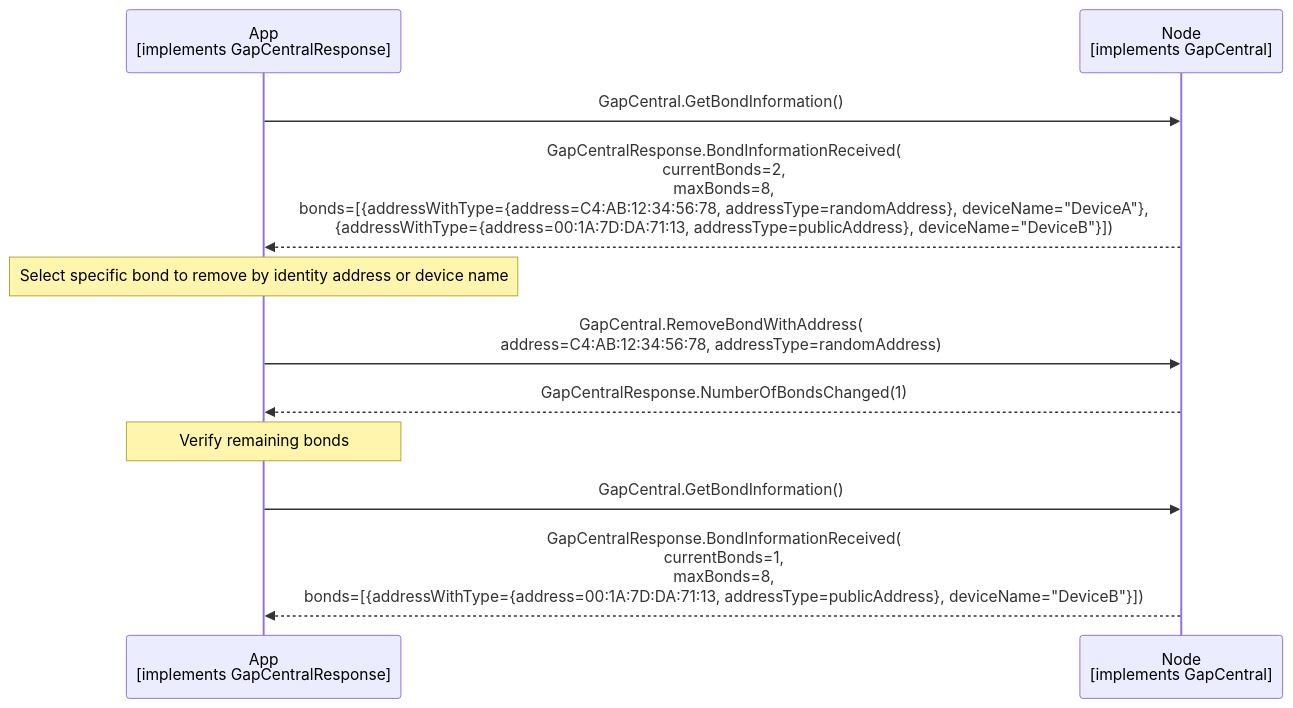
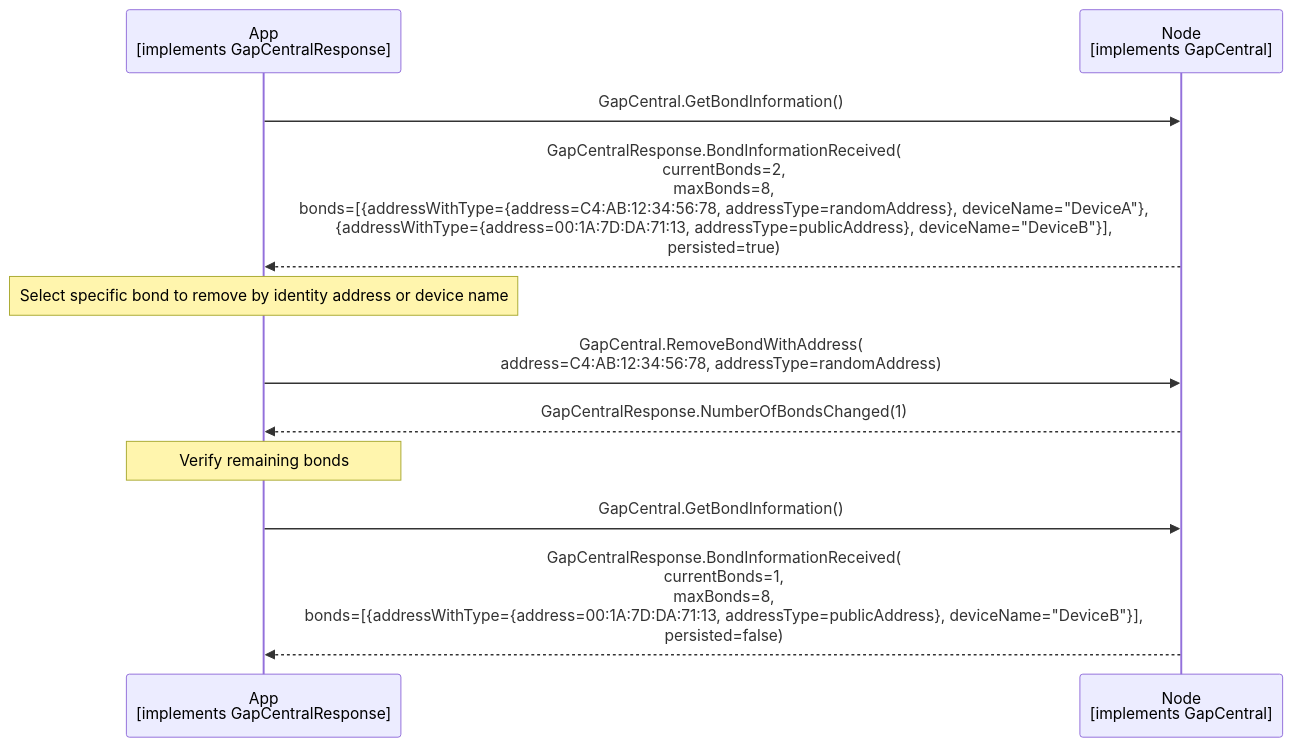
One commit to philips-software/amp-embedded-infra-lib changed the diagram in documents/modules/ROOT/partials/echoservices/gap_central/GapCentral_SelectiveBondRemoval_sequence.mmd. Above: the diagram before and after it, drawn with Mermaid. The commit also changed 5 other files, not shown here.

First line of the commit message:
feat(echo): add BondInformation::persisted flag to Gap services (#1365)

```diff
--- a/documents/modules/ROOT/partials/echoservices/gap_central/GapCentral_SelectiveBondRemoval_sequence.mmd
+++ b/documents/modules/ROOT/partials/echoservices/gap_central/GapCentral_SelectiveBondRemoval_sequence.mmd
@@ -1,16 +1,16 @@
 sequenceDiagram
     participant App as App<br>[implements GapCentralResponse]
     participant Node as Node<br>[implements GapCentral]
 
     App->>Node: GapCentral.GetBondInformation()
-    Node-->>App: GapCentralResponse.BondInformationReceived(<br>currentBonds=2,<br>maxBonds=8,<br>bonds=[{addressWithType={address=C4:AB:12:34:56:78, addressType=randomAddress}, deviceName="DeviceA"},<br>{addressWithType={address=00:1A:7D:DA:71:13, addressType=publicAddress}, deviceName="DeviceB"}])
+    Node-->>App: GapCentralResponse.BondInformationReceived(<br>currentBonds=2,<br>maxBonds=8,<br>bonds=[{addressWithType={address=C4:AB:12:34:56:78, addressType=randomAddress}, deviceName="DeviceA"},<br>{addressWithType={address=00:1A:7D:DA:71:13, addressType=publicAddress}, deviceName="DeviceB"}],<br>persisted=true)
 
     Note over App: Select specific bond to remove by identity address or device name 
 
     App->>Node: GapCentral.RemoveBondWithAddress(<br>address=C4:AB:12:34:56:78, addressType=randomAddress)
     Node-->>App: GapCentralResponse.NumberOfBondsChanged(1)
 
     Note over App: Verify remaining bonds
 
     App->>Node: GapCentral.GetBondInformation()
-    Node-->>App: GapCentralResponse.BondInformationReceived(<br>currentBonds=1,<br>maxBonds=8,<br>bonds=[{addressWithType={address=00:1A:7D:DA:71:13, addressType=publicAddress}, deviceName="DeviceB"}])
+    Node-->>App: GapCentralResponse.BondInformationReceived(<br>currentBonds=1,<br>maxBonds=8,<br>bonds=[{addressWithType={address=00:1A:7D:DA:71:13, addressType=publicAddress}, deviceName="DeviceB"}],<br>persisted=false)
```
